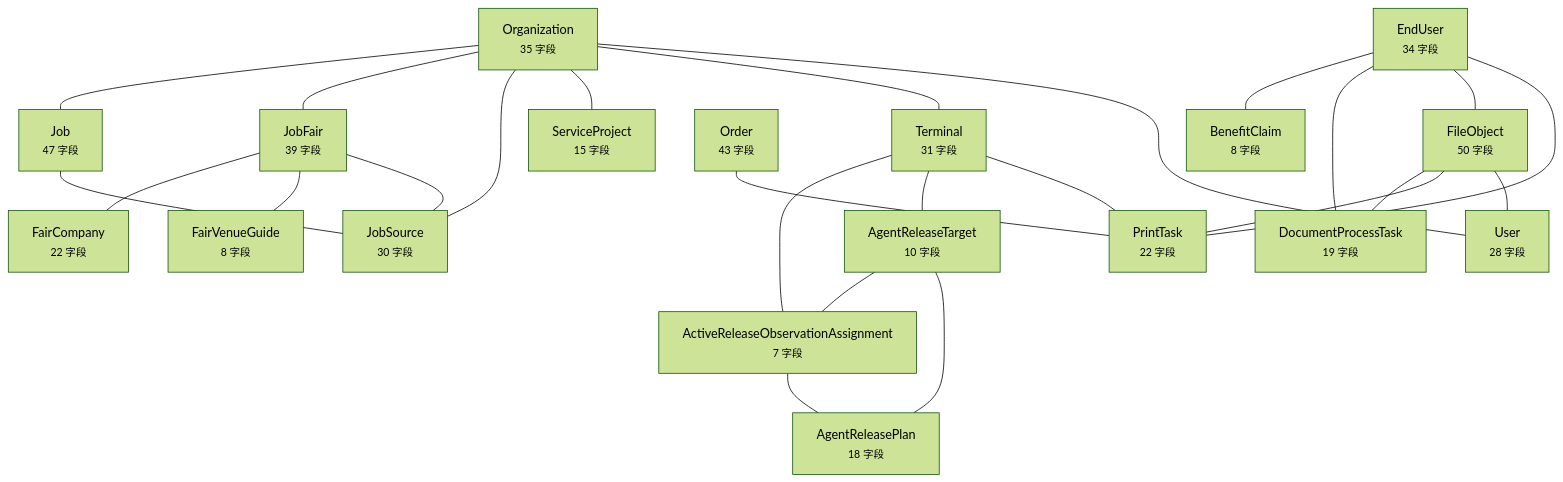
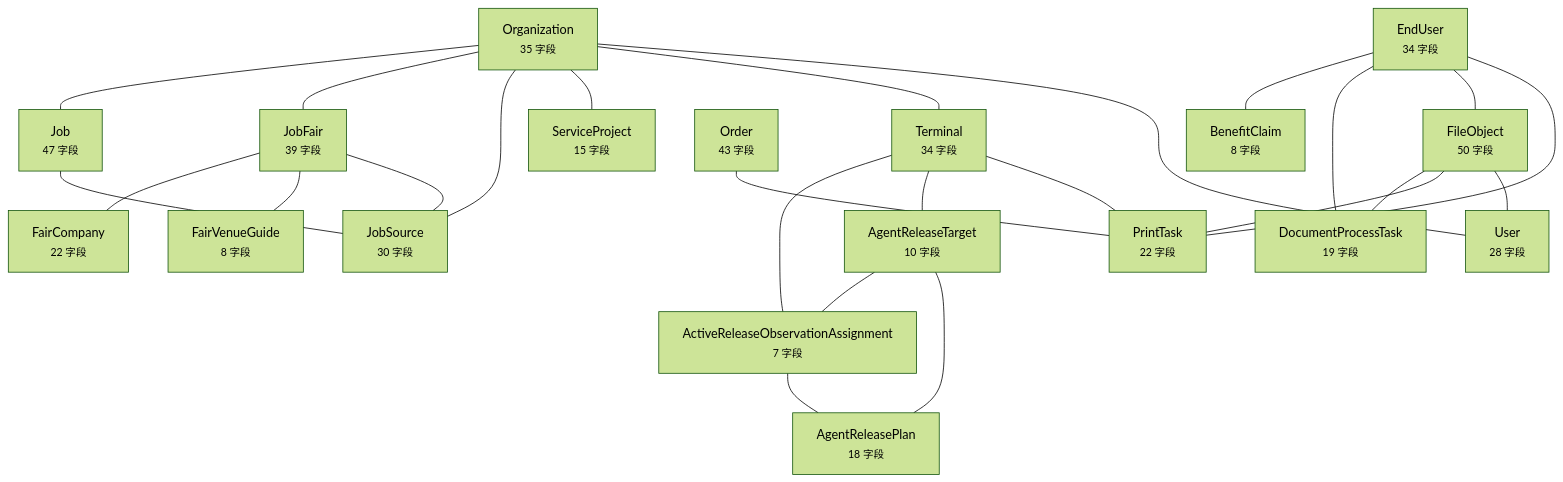
One commit to wanglei581/YITIJI changed the diagram in docs/graph/data-model.md. Above: the diagram before and after it, drawn with Mermaid (forest theme). The commit also changed other lines of this file and 121 other files, not shown here.

````diff
--- a/docs/graph/data-model.md
+++ b/docs/graph/data-model.md
@@ -10,45 +10,45 @@
 ```mermaid
 flowchart TD
   EndUser["EndUser<br/><small>34 字段</small>"]
   Organization["Organization<br/><small>35 字段</small>"]
-  Terminal["Terminal<br/><small>31 字段</small>"]
+  Terminal["Terminal<br/><small>34 字段</small>"]
   FileObject["FileObject<br/><small>50 字段</small>"]
   Job["Job<br/><small>47 字段</small>"]
   JobFair["JobFair<br/><small>39 字段</small>"]
   JobSource["JobSource<br/><small>30 字段</small>"]
   User["User<br/><small>28 字段</small>"]
   Order["Order<br/><small>43 字段</small>"]
   PrintTask["PrintTask<br/><small>22 字段</small>"]
   AgentReleaseTarget["AgentReleaseTarget<br/><small>10 字段</small>"]
   ServiceProject["ServiceProject<br/><small>15 字段</small>"]
   ActiveReleaseObservationAssignment["ActiveReleaseObservationAssignment<br/><small>7 字段</small>"]
   AgentReleasePlan["AgentReleasePlan<br/><small>18 字段</small>"]
   BenefitClaim["BenefitClaim<br/><small>8 字段</small>"]
   DocumentProcessTask["DocumentProcessTask<br/><small>19 字段</small>"]
   FairCompany["FairCompany<br/><small>22 字段</small>"]
   FairVenueGuide["FairVenueGuide<br/><small>8 字段</small>"]
   EndUser --- BenefitClaim
   EndUser --- DocumentProcessTask
   EndUser --- FileObject
   EndUser --- PrintTask
   Organization --- Job
   Organization --- JobFair
   Organization --- JobSource
   Organization --- ServiceProject
   Organization --- Terminal
   Organization --- User
   Terminal --- ActiveReleaseObservationAssignment
   Terminal --- AgentReleaseTarget
   Terminal --- PrintTask
   FileObject --- DocumentProcessTask
   FileObject --- PrintTask
   FileObject --- User
   Job --- JobSource
   JobFair --- FairCompany
   JobFair --- FairVenueGuide
   JobFair --- JobSource
   Order --- PrintTask
   AgentReleaseTarget --- ActiveReleaseObservationAssignment
   AgentReleaseTarget --- AgentReleasePlan
   ActiveReleaseObservationAssignment --- AgentReleasePlan
 ```
````
